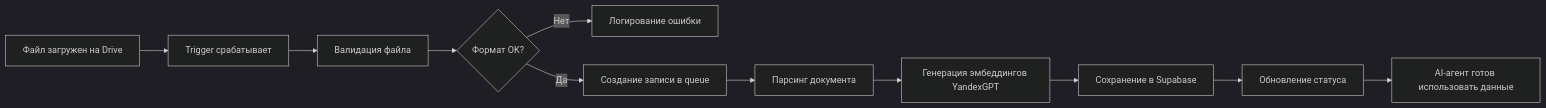
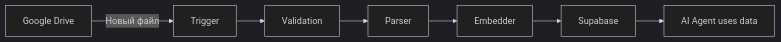
The diagram in README.md (LizaKevbrina/RAG-platform), drawn with Mermaid (dark theme) before and after one commit. The commit also changed other lines of this file, not shown here.

````diff
--- a/README.md
+++ b/README.md
@@ -254,13 +185,9 @@
 ```mermaid
-graph LR
-    A[Файл загружен на Drive] --> B[Trigger срабатывает]
-    B --> C[Валидация файла]
-    C --> D{Формат OK?}
-    D -->|Нет| E[Логирование ошибки]
-    D -->|Да| F[Создание записи в queue]
-    F --> G[Парсинг документа]
-    G --> H[Генерация эмбеддингов YandexGPT]
-    H --> I[Сохранение в Supabase]
-    I --> J[Обновление статуса]
-    J --> K[AI-агент готов использовать данные]
+flowchart LR
+    A[ Google Drive] -->|Новый файл| B[ Trigger]
+    B --> C[ Validation]
+    C --> D[ Parser]
+    D --> E[ Embedder]
+    E --> F[ Supabase]
+    F --> G[ AI Agent uses data]
 ```
````
